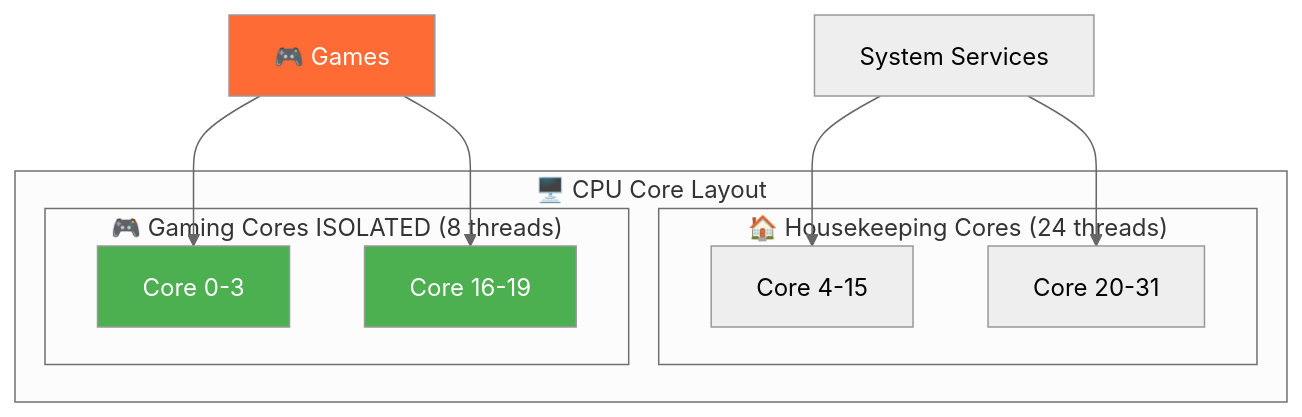
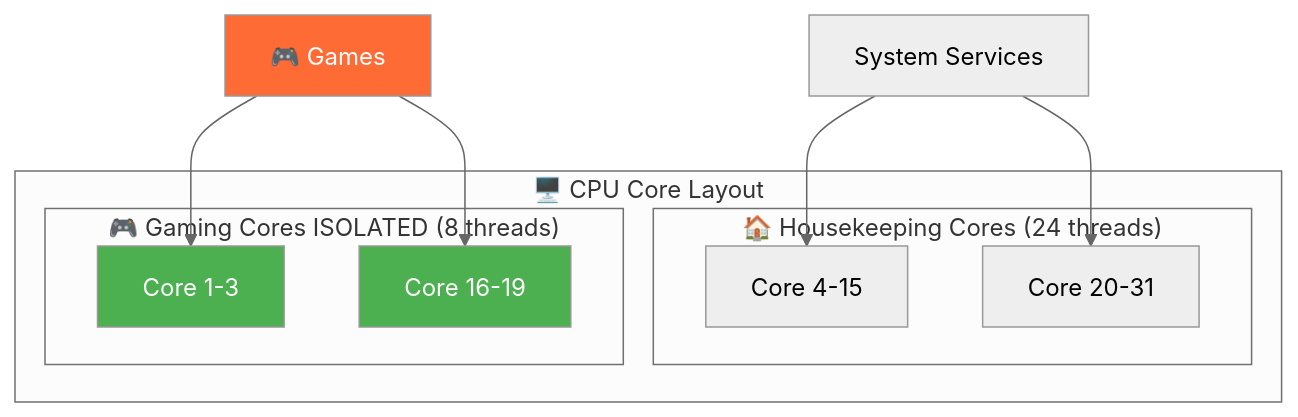
One commit to neg-serg/nixos-config changed the fifth of 5 diagrams in README.md. Above: the diagram before and after it, drawn with Mermaid (neutral theme). The commit also changed other lines of this file and 9 other files, not shown here.

````diff
--- a/README.md
+++ b/README.md
@@ -424,22 +424,22 @@
 ```mermaid
 graph TB
     subgraph "🖥️ CPU Core Layout"
         subgraph "🏠 Housekeeping Cores (24 threads)"
             A[Core 4-15]
             B[Core 20-31]
         end
         subgraph "🎮 Gaming Cores ISOLATED (8 threads)"
-            C[Core 0-3]
+            C[Core 1-3]
             D[Core 16-19]
         end
     end
     
     G[System Services] --> A
     G --> B
     H[🎮 Games] --> C
     H --> D
     
     style C fill:#4CAF50,color:#fff
     style D fill:#4CAF50,color:#fff
     style H fill:#FF6B35,color:#fff
 ```
````
